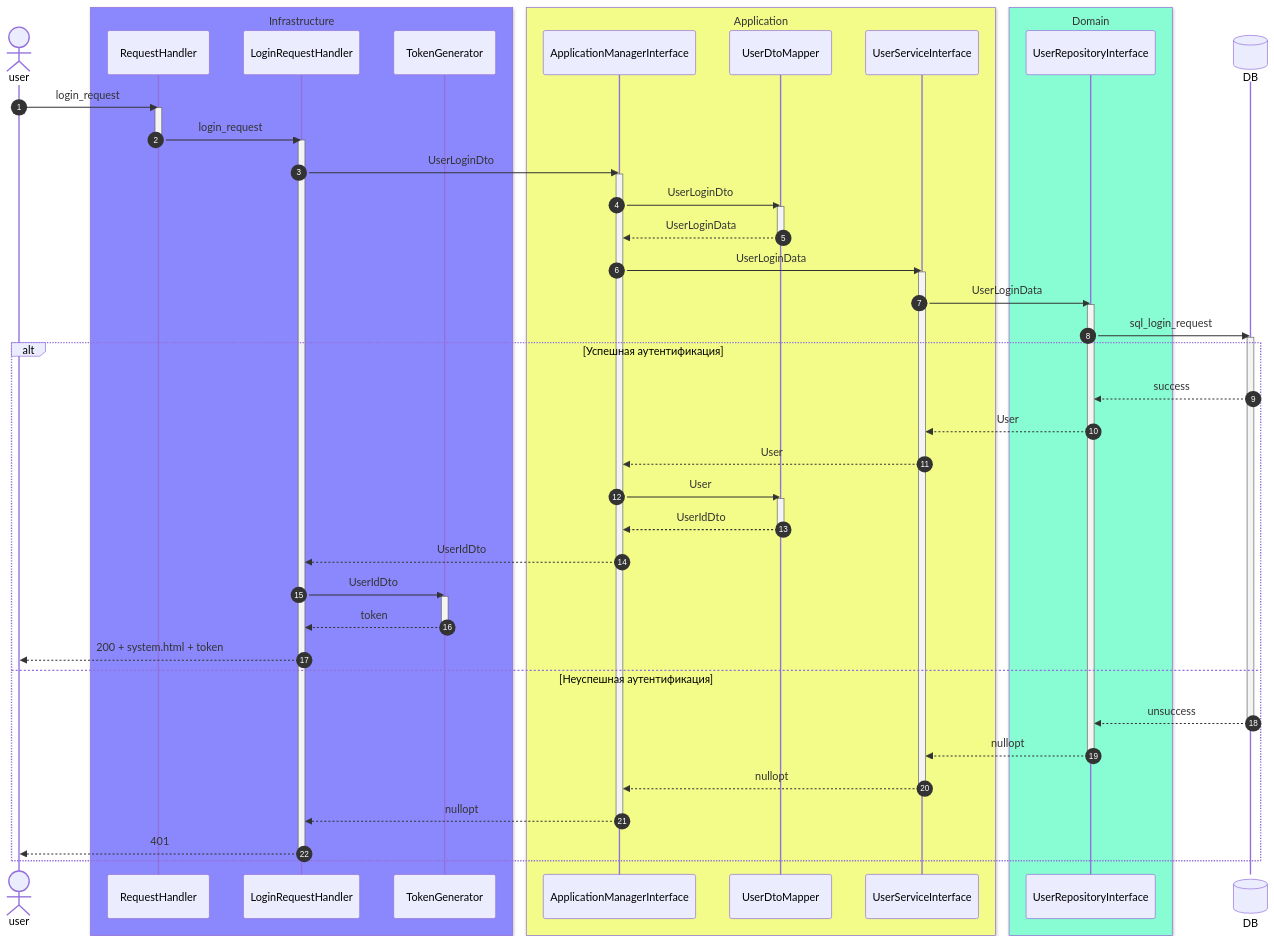
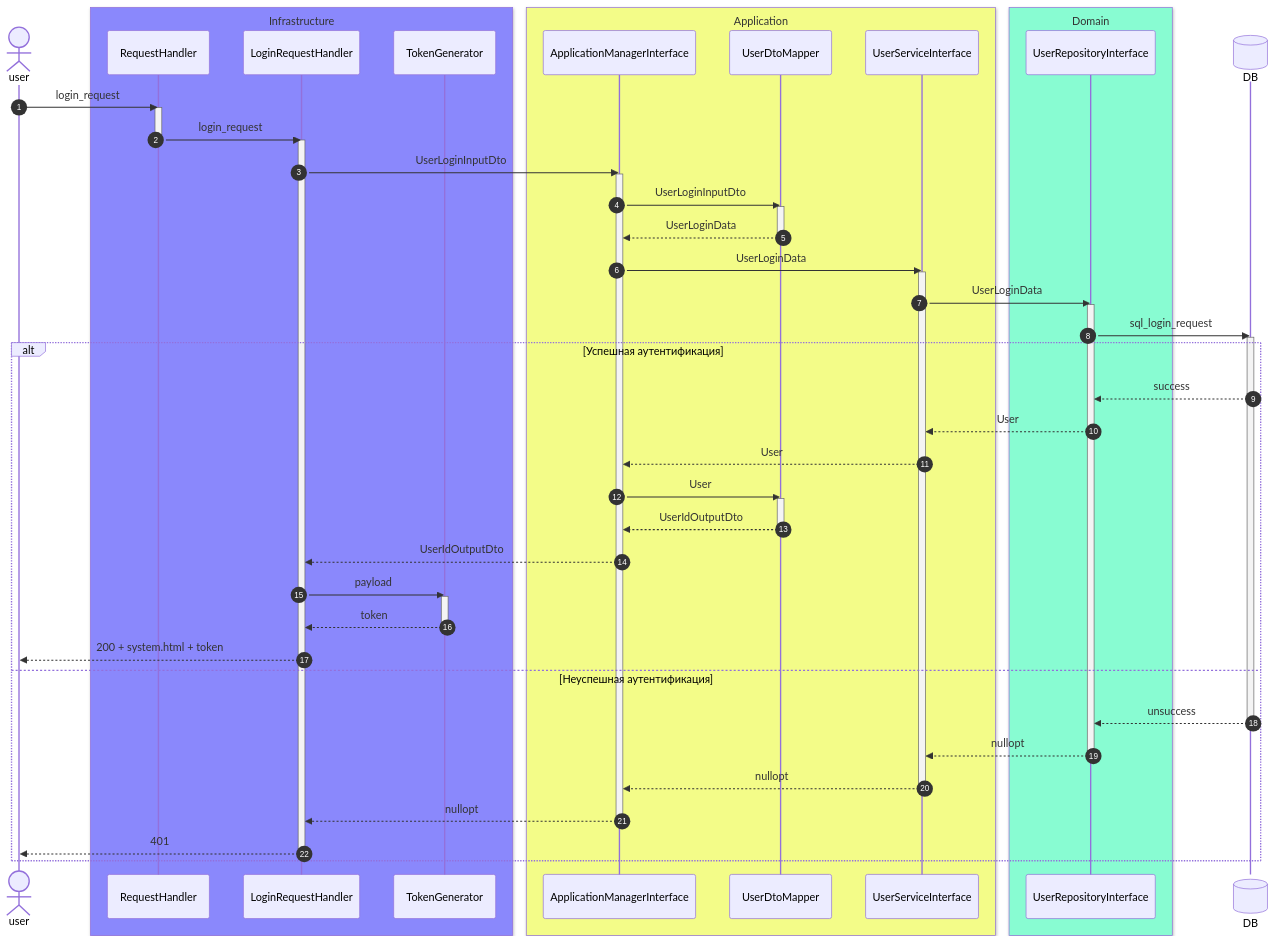
One commit to DRUsmanov/the_system_project changed diagram 12 of 15 in README.md. Above: the diagram before and after it, drawn with Mermaid. The commit also changed other lines of this file, not shown here.

```diff
--- a/README.md
+++ b/README.md
@@ -452,10 +452,10 @@
 deactivate RequestHandler
 
 activate LoginRequestHandler
-LoginRequestHandler ->> ApplicationManagerInterface: UserLoginDto
+LoginRequestHandler ->> ApplicationManagerInterface: UserLoginInputDto
 
 activate ApplicationManagerInterface
-ApplicationManagerInterface ->> UserDtoMapper: UserLoginDto
+ApplicationManagerInterface ->> UserDtoMapper: UserLoginInputDto
 
 activate UserDtoMapper
 UserDtoMapper -->> ApplicationManagerInterface: UserLoginData
@@ -479,11 +479,11 @@
 ApplicationManagerInterface ->> UserDtoMapper: User
 
 activate UserDtoMapper
-UserDtoMapper -->> ApplicationManagerInterface: UserIdDto
+UserDtoMapper -->> ApplicationManagerInterface: UserIdOutputDto
 deactivate UserDtoMapper
 
-ApplicationManagerInterface -->> LoginRequestHandler: UserIdDto
-LoginRequestHandler ->> TokenGenerator: UserIdDto
+ApplicationManagerInterface -->> LoginRequestHandler: UserIdOutputDto
+LoginRequestHandler ->> TokenGenerator: payload
 
 activate TokenGenerator
 TokenGenerator -->> LoginRequestHandler: token
```
